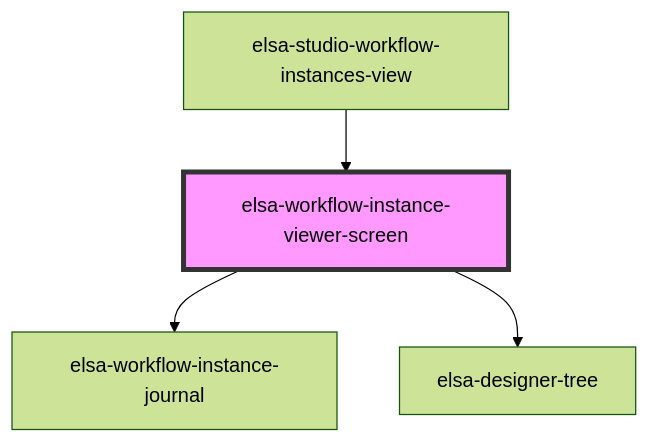
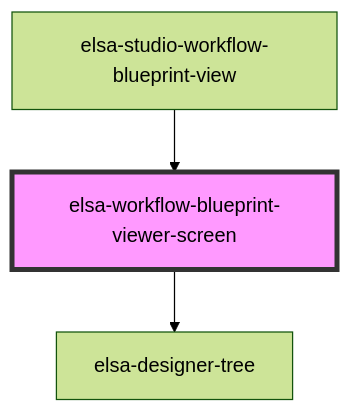
Before and after one commit to elsa-workflows/elsa-core: the diagram in src/designer/elsa-workflows-studio/src/components/screens/workflow-blueprint-viewer/elsa-workflow-blueprint-viewer-screen/readme.md, drawn with Mermaid (forest theme). The commit also changed other lines of this file and 22 other files, not shown here.

````diff
--- a/src/designer/elsa-workflows-studio/src/components/screens/workflow-blueprint-viewer/elsa-workflow-blueprint-viewer-screen/readme.md
+++ b/src/designer/elsa-workflows-studio/src/components/screens/workflow-blueprint-viewer/elsa-workflow-blueprint-viewer-screen/readme.md
@@ -41,7 +40,6 @@
 ```mermaid
 graph TD;
-  elsa-workflow-instance-viewer-screen --> elsa-workflow-instance-journal
-  elsa-workflow-instance-viewer-screen --> elsa-designer-tree
-  elsa-studio-workflow-instances-view --> elsa-workflow-instance-viewer-screen
-  style elsa-workflow-instance-viewer-screen fill:#f9f,stroke:#333,stroke-width:4px
+  elsa-workflow-blueprint-viewer-screen --> elsa-designer-tree
+  elsa-studio-workflow-blueprint-view --> elsa-workflow-blueprint-viewer-screen
+  style elsa-workflow-blueprint-viewer-screen fill:#f9f,stroke:#333,stroke-width:4px
 ```
````
